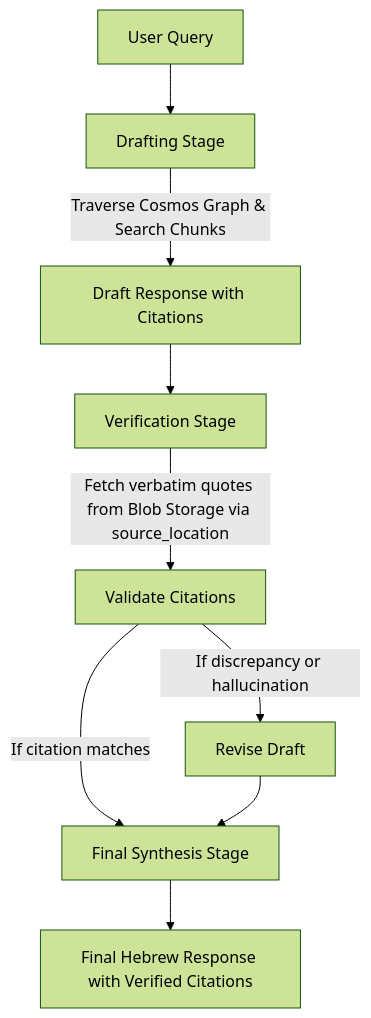
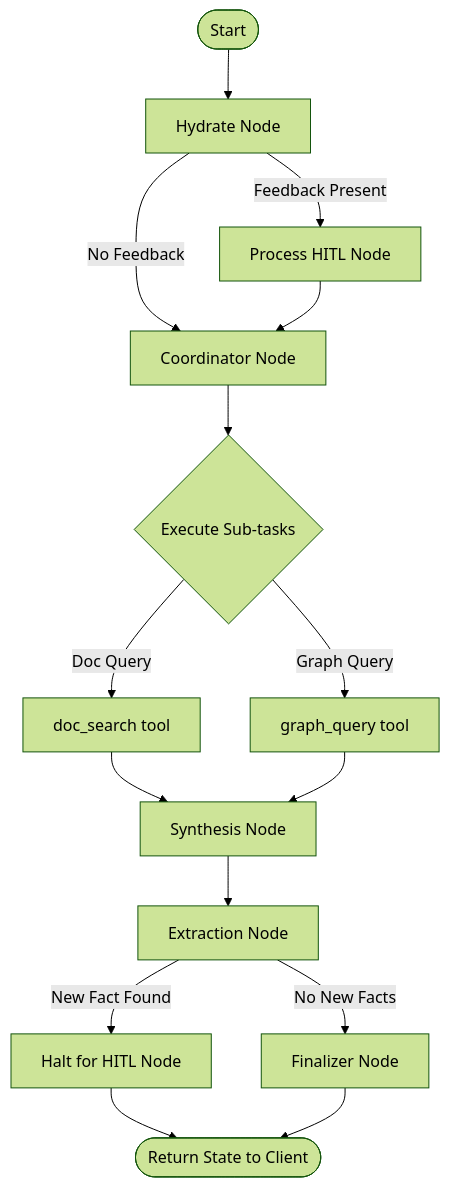
The diagram in src/query_agent/README.md (zvieli/MAG_Agent), drawn with Mermaid (forest theme) before and after one commit. The commit also changed other lines of this file and 9 other files, not shown here.

````diff
--- a/src/query_agent/README.md
+++ b/src/query_agent/README.md
@@ -11,11 +26,22 @@
 ```mermaid
 graph TD
-    A[User Query] --> B[Drafting Stage]
-    B -->|Traverse Cosmos Graph & Search Chunks| C[Draft Response with Citations]
-    C --> D[Verification Stage]
-    D -->|Fetch verbatim quotes from Blob Storage via source_location| E[Validate Citations]
-    E -->|If citation matches| F[Final Synthesis Stage]
-    E -->|If discrepancy or hallucination| G[Revise Draft]
-    G --> F
-    F --> H[Final Hebrew Response with Verified Citations]
+    START([Start]) --> Hydrate[Hydrate Node]
+    Hydrate -->|Feedback Present| ProcessHITL[Process HITL Node]
+    Hydrate -->|No Feedback| Coordinator[Coordinator Node]
+    ProcessHITL --> Coordinator
+    
+    Coordinator --> ParallelBranch{Execute Sub-tasks}
+    ParallelBranch -->|Doc Query| DocSearch[doc_search tool]
+    ParallelBranch -->|Graph Query| GraphQuery[graph_query tool]
+    
+    DocSearch --> Synthesis[Synthesis Node]
+    GraphQuery --> Synthesis
+    
+    Synthesis --> Extraction[Extraction Node]
+    
+    Extraction -->|New Fact Found| Halt[Halt for HITL Node]
+    Extraction -->|No New Facts| Finalizer[Finalizer Node]
+    
+    Halt --> END([Return State to Client])
+    Finalizer --> END
 ```
````
